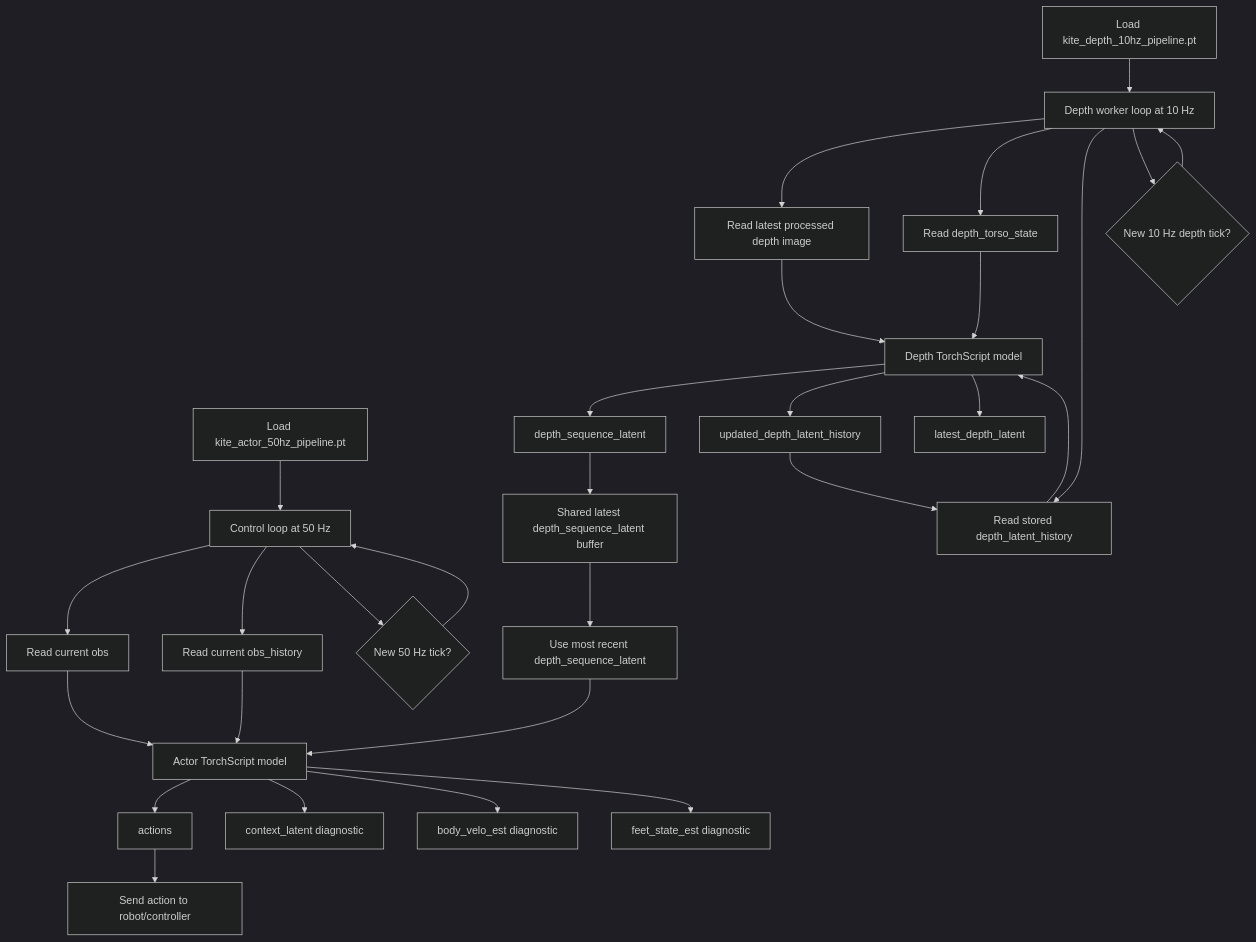
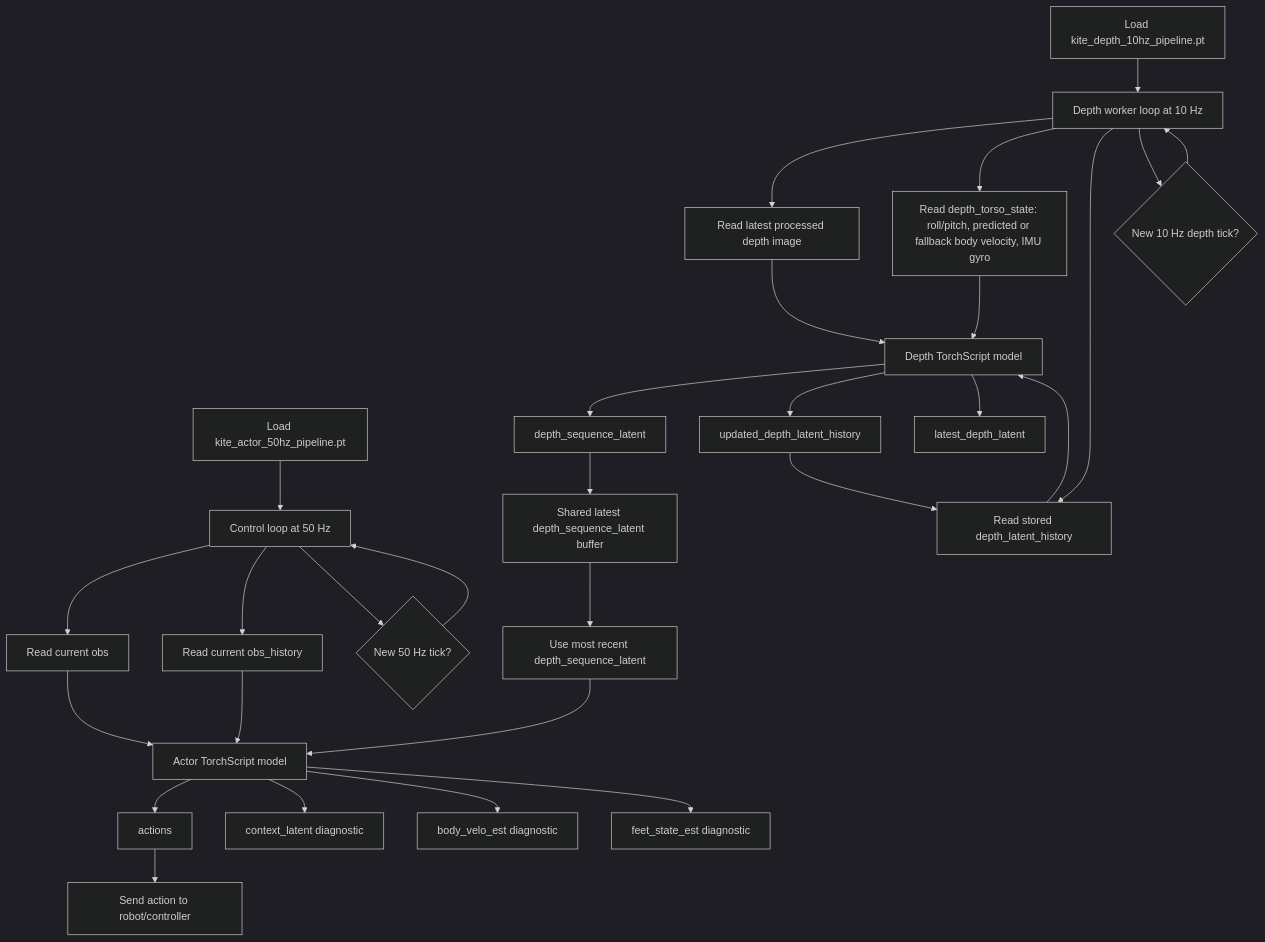
The second of 2 diagrams in KITE_ACTOR_CRITIC_ASYNC_EXPORT_REFERENCE.md (oscar-youngquist/HCR_Genesis_PACT_Development), drawn with Mermaid (dark theme) before and after one commit. The commit also changed other lines of this file and 13 other files, not shown here.

````diff
--- a/KITE_ACTOR_CRITIC_ASYNC_EXPORT_REFERENCE.md
+++ b/KITE_ACTOR_CRITIC_ASYNC_EXPORT_REFERENCE.md
@@ -114,34 +114,34 @@
 ```mermaid
 flowchart TD
     A[Load kite_depth_10hz_pipeline.pt] --> B[Depth worker loop at 10 Hz]
     C[Load kite_actor_50hz_pipeline.pt] --> D[Control loop at 50 Hz]
 
     B --> E[Read latest processed depth image]
-    B --> F[Read depth_torso_state]
+    B --> F[Read depth_torso_state: roll/pitch, predicted or fallback body velocity, IMU gyro]
     B --> G[Read stored depth_latent_history]
     E --> H[Depth TorchScript model]
     F --> H
     G --> H
     H --> I[depth_sequence_latent]
     H --> J[updated_depth_latent_history]
     H --> K[latest_depth_latent]
     J --> G
     I --> L[Shared latest depth_sequence_latent buffer]
 
     D --> M[Read current obs]
     D --> N[Read current obs_history]
     L --> O[Use most recent depth_sequence_latent]
     M --> P[Actor TorchScript model]
     N --> P
     O --> P
     P --> Q[actions]
     P --> R[context_latent diagnostic]
     P --> S[body_velo_est diagnostic]
     P --> T[feet_state_est diagnostic]
     Q --> U[Send action to robot/controller]
 
     D --> V{New 50 Hz tick?}
     V --> D
     B --> W{New 10 Hz depth tick?}
     W --> B
 ```
````
